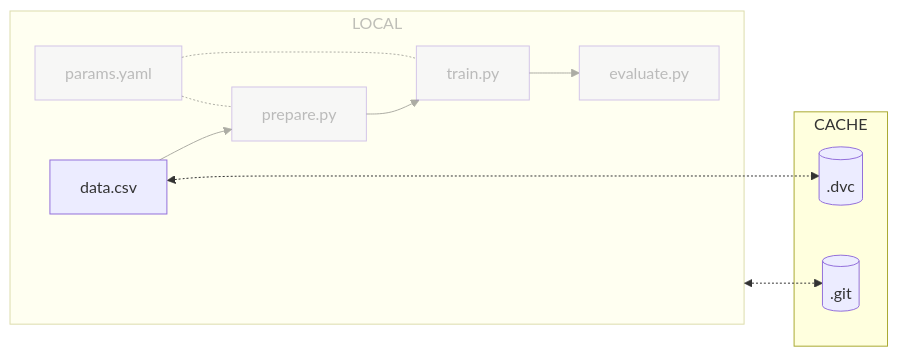
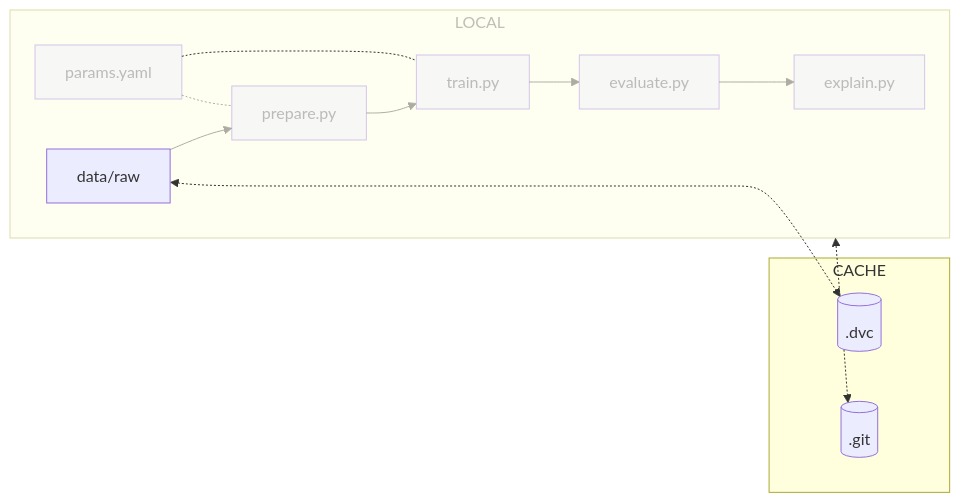
Before and after one commit to swiss-ai-center/a-guide-to-mlops: the diagram in docs/part-1-local-training-and-model-evaluation/chapter-3-initialize-git-and-dvc-for-local-training/index.md, drawn with Mermaid. The commit also changed other lines of this file and 1 other file, not shown here.

````diff
--- a/docs/part-1-local-training-and-model-evaluation/chapter-3-initialize-git-and-dvc-for-local-training/index.md
+++ b/docs/part-1-local-training-and-model-evaluation/chapter-3-initialize-git-and-dvc-for-local-training/index.md
@@ -36,29 +36,31 @@
 ```mermaid
 flowchart LR
 	dot_dvc[(.dvc)]
 	dot_git[(.git)]
-	data[data.csv] <-.-> dot_dvc
+	data[data/raw] <-.-> dot_dvc
     localGraph <-....-> dot_git
 	subgraph cacheGraph[CACHE]
 		dot_dvc
 		dot_git
 	end
 	subgraph localGraph[LOCAL]
         data --> prepare
         prepare[prepare.py] --> train
 		train[train.py] --> evaluate
-		evaluate[evaluate.py]
+        evaluate[evaluate.py] --> explain
+        explain[explain.py]
         params[params.yaml] -.- prepare
         params -.- train
 	end
     style localGraph opacity:0.4,color:#7f7f7f80
     style prepare opacity:0.4,color:#7f7f7f80
     style train opacity:0.4,color:#7f7f7f80
     style evaluate opacity:0.4,color:#7f7f7f80
+    style explain opacity:0.4,color:#7f7f7f80
     style params opacity:0.4,color:#7f7f7f80
     linkStyle 2 opacity:0.4,color:#7f7f7f80
     linkStyle 3 opacity:0.4,color:#7f7f7f80
     linkStyle 4 opacity:0.4,color:#7f7f7f80
     linkStyle 5 opacity:0.4,color:#7f7f7f80
     linkStyle 6 opacity:0.4,color:#7f7f7f80
 ```
````
